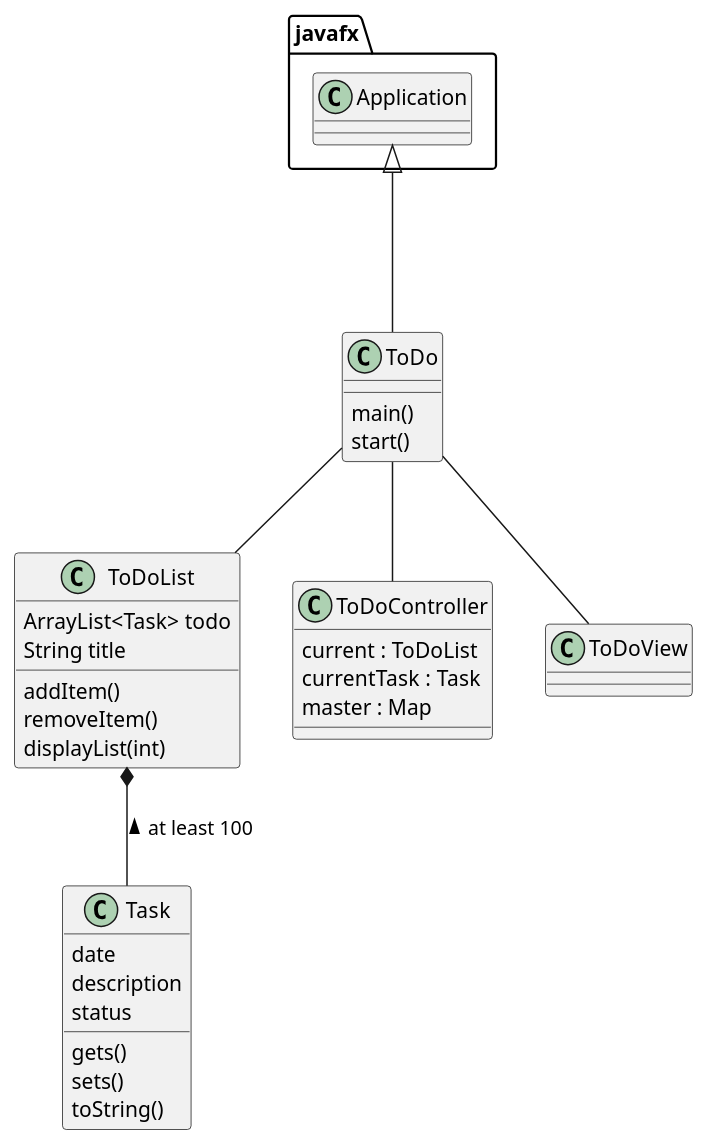
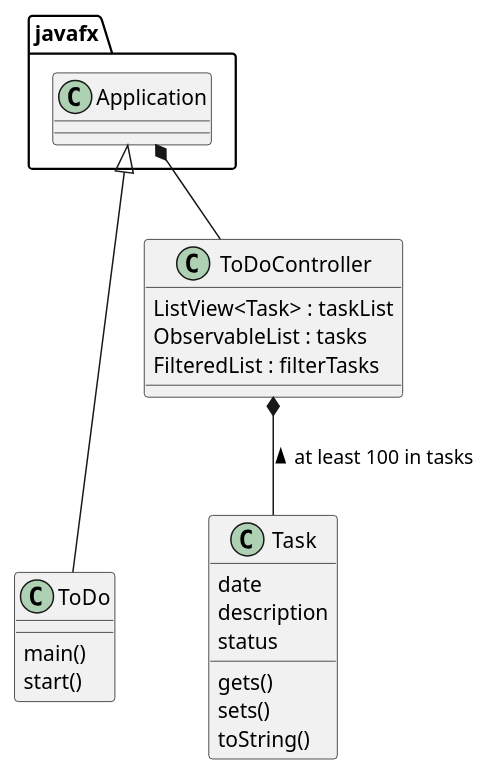
One commit to arkaik2k01/nobrega-cop3330-assignment4part2 changed the diagram in uml/classDiagram.puml. Above: the diagram before and after it, drawn with PlantUML.

Commit message:
PlantUML updated. Testing time :(

```diff
--- a/uml/classDiagram.puml
+++ b/uml/classDiagram.puml
@@ -1,43 +1,29 @@
 @startuml
 'https://plantuml.com/class-diagram
 
 class Task {
     date
     description
     status
 
     gets()
     sets()
     toString()
 }
 
-class ToDoList {
-    ArrayList<Task> todo
-    String title
-
-    addItem()
-    removeItem()
-    displayList(int)
-}
-
 class ToDo {
     main()
     start()
 }
 
 class ToDoController {
-    current : ToDoList
-    currentTask : Task
-    master : Map
+    ListView<Task> : taskList
+    ObservableList : tasks
+    FilteredList : filterTasks
 }
 
-class ToDoView {
-}
-
-ToDo--ToDoView
-ToDo--ToDoController
-ToDo--ToDoList
-ToDoList*--Task : at least 100 <
+javafx.Application*--ToDoController
+ToDoController*--Task : at least 100 in tasks <
 javafx.Application<|---ToDo
 
 @enduml
```
